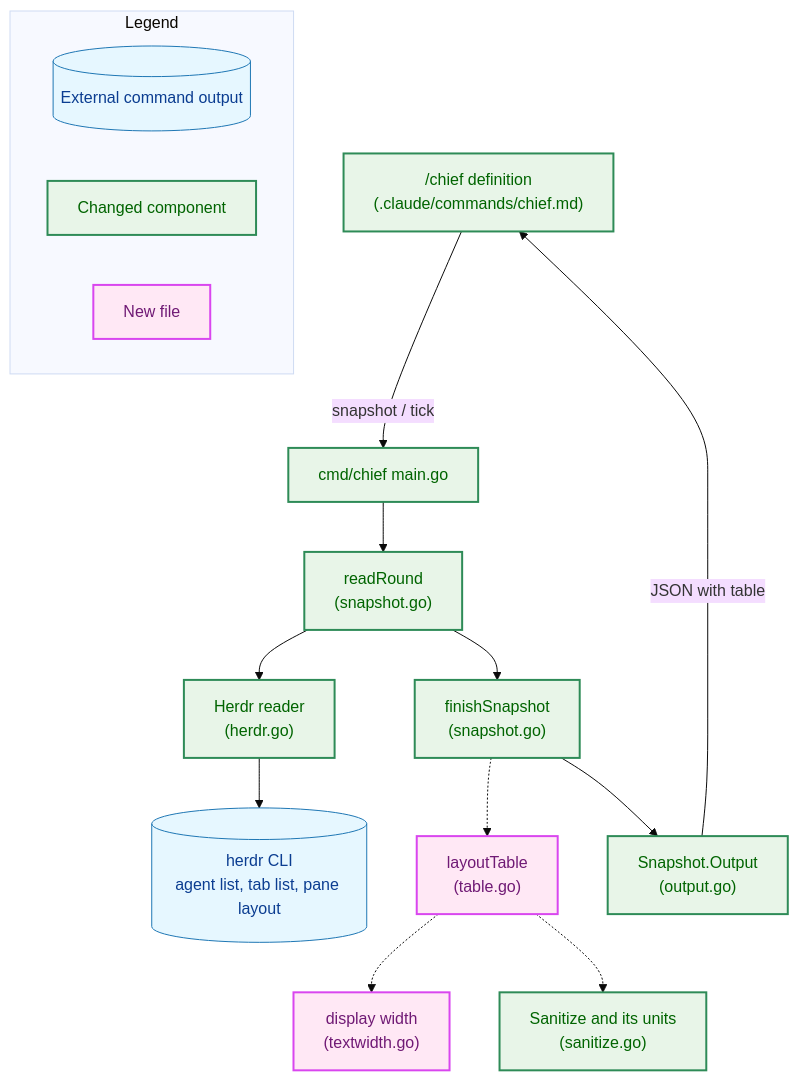
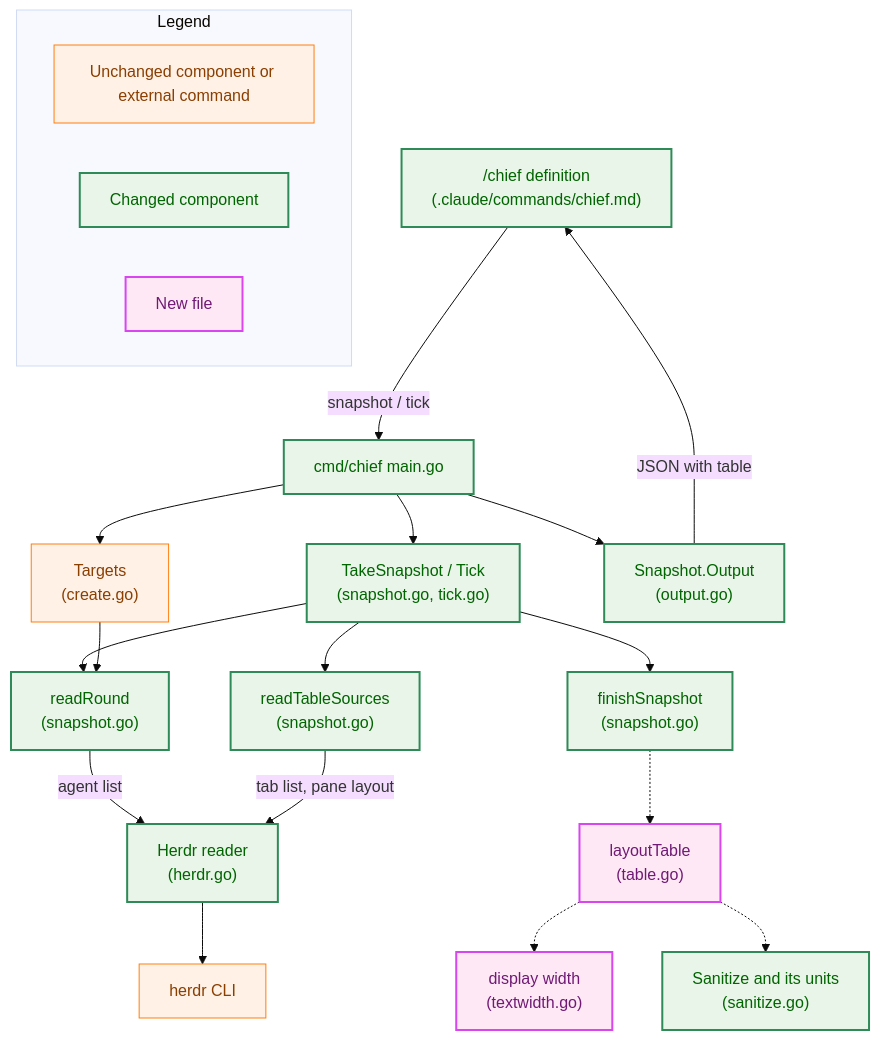
Before and after one commit to isseis/yt2column: the second of 5 diagrams in docs/tasks/0102_chief_text_table/02_architecture.md, drawn with Mermaid (base theme). The commit also changed other lines of this file and 1 other file, not shown here.

First line of the commit message:
docs(0102): address the review of the architecture

````diff
--- a/docs/tasks/0102_chief_text_table/02_architecture.md
+++ b/docs/tasks/0102_chief_text_table/02_architecture.md
@@ -103,42 +103,49 @@
 ```mermaid
 flowchart TD
-    classDef data fill:#e6f7ff,stroke:#1f77b4,stroke-width:1px,color:#0b3d91;
     classDef process fill:#fff1e6,stroke:#ff7f0e,stroke-width:1px,color:#8a3e00;
     classDef enhanced fill:#e8f5e8,stroke:#2e8b57,stroke-width:2px,color:#006400;
     classDef newpkg fill:#ffe8f5,stroke:#d946ef,stroke-width:2px,color:#701a75;
 
     DEF["/chief definition<br>(.claude/commands/chief.md)"]
     MAIN["cmd/chief main.go"]
+    ENTRY["TakeSnapshot / Tick<br>(snapshot.go, tick.go)"]
+    TGT["Targets<br>(create.go)"]
     ROUND["readRound<br>(snapshot.go)"]
+    SRC["readTableSources<br>(snapshot.go)"]
     FINISH["finishSnapshot<br>(snapshot.go)"]
     HERDR["Herdr reader<br>(herdr.go)"]
     TABLE["layoutTable<br>(table.go)"]
     WIDTH["display width<br>(textwidth.go)"]
     SAN["Sanitize and its units<br>(sanitize.go)"]
     OUT["Snapshot.Output<br>(output.go)"]
-    HCLI[("herdr CLI<br>agent list, tab list, pane layout")]
+    HCLI["herdr CLI"]
 
     DEF -->|"snapshot / tick"| MAIN
-    MAIN --> ROUND
-    ROUND --> HERDR
+    MAIN --> ENTRY
+    MAIN --> TGT
+    ENTRY --> ROUND
+    TGT --> ROUND
+    ROUND -->|"agent list"| HERDR
+    ENTRY --> SRC
+    SRC -->|"tab list, pane layout"| HERDR
     HERDR --> HCLI
-    ROUND --> FINISH
+    ENTRY --> FINISH
     FINISH -.-> TABLE
     TABLE -.-> WIDTH
     TABLE -.-> SAN
-    FINISH --> OUT
+    MAIN --> OUT
     OUT -->|"JSON with table"| DEF
 
-    class HCLI data
-    class DEF,MAIN,ROUND,FINISH,HERDR,SAN,OUT enhanced
+    class HCLI,TGT process
+    class DEF,MAIN,ENTRY,ROUND,SRC,FINISH,HERDR,SAN,OUT enhanced
     class TABLE,WIDTH newpkg
 
     subgraph Legend["Legend"]
-        L1[("External command output")]
+        L1["Unchanged component or external command"]
         L2["Changed component"]
         L3["New file"]
     end
-    class L1 data
+    class L1 process
     class L2 enhanced
     class L3 newpkg
 ```
````
